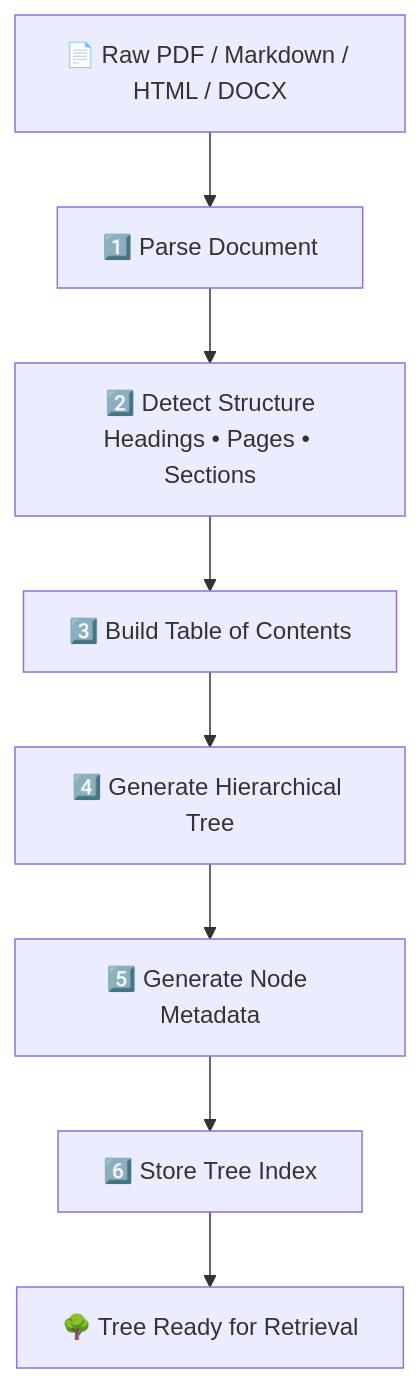
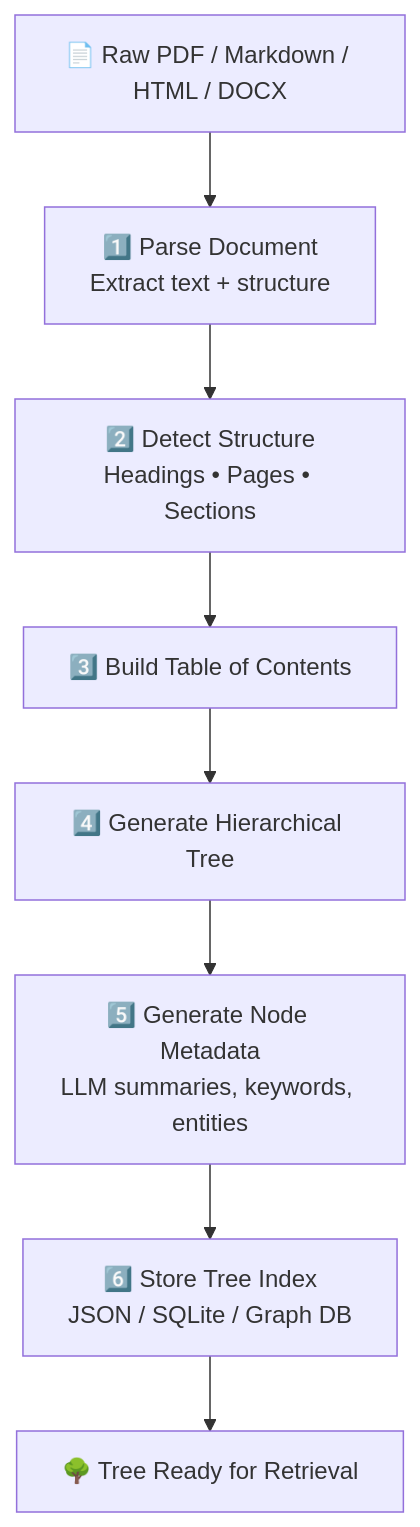
Before and after one commit to Amie-dev/FDE-and-GenAI-Mastery: the eighth of 14 diagrams in Lecture 18 - Vectorless RAG and LLM Wiki/notes/02_vectorless_rag_tree_indexing.md, drawn with Mermaid. The commit also changed other lines of this file and 6 other files, not shown here.

````diff
--- a/Lecture 18 - Vectorless RAG and LLM Wiki/notes/02_vectorless_rag_tree_indexing.md
+++ b/Lecture 18 - Vectorless RAG and LLM Wiki/notes/02_vectorless_rag_tree_indexing.md
@@ -453,19 +544,19 @@
 ```mermaid
 flowchart TD
 
     DOC["📄 Raw PDF / Markdown / HTML / DOCX"]
 
-    DOC --> PARSE["1️⃣ Parse Document"]
+    DOC --> PARSE["1️⃣ Parse Document<br/>Extract text + structure"]
 
     PARSE --> STRUCT["2️⃣ Detect Structure<br/>Headings • Pages • Sections"]
 
     STRUCT --> TOC["3️⃣ Build Table of Contents"]
 
     TOC --> TREE["4️⃣ Generate Hierarchical Tree"]
 
-    TREE --> META["5️⃣ Generate Node Metadata"]
+    TREE --> META["5️⃣ Generate Node Metadata<br/>LLM summaries, keywords, entities"]
 
-    META --> STORE["6️⃣ Store Tree Index"]
+    META --> STORE["6️⃣ Store Tree Index<br/>JSON / SQLite / Graph DB"]
 
     STORE --> READY["🌳 Tree Ready for Retrieval"]
 ```
````
